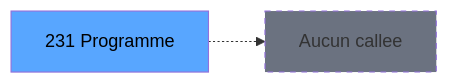
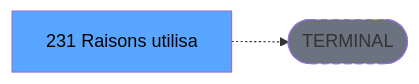
One commit to thonyAGP/lecteur-magic changed the third of 3 diagrams in .openspec/renders/ADH-IDE-231.md. Above: the diagram before and after it, drawn with Mermaid. The commit also changed other lines of this file and 701 other files, not shown here.

````diff
--- a/.openspec/renders/ADH-IDE-231.md
+++ b/.openspec/renders/ADH-IDE-231.md
@@ -149,8 +134,8 @@
 ```mermaid
 graph LR
-    T[231 Programme]
-    NONE[Aucun callee]
-    T -.-> NONE
+    T[231 Raisons utilisa]
+    TERM([TERMINAL])
+    T -.-> TERM
+    style TERM fill:#6b7280,stroke-dasharray: 5 5
     style T fill:#58a6ff,color:#000
-    style NONE fill:#6b7280,stroke-dasharray: 5 5
 ```
````
